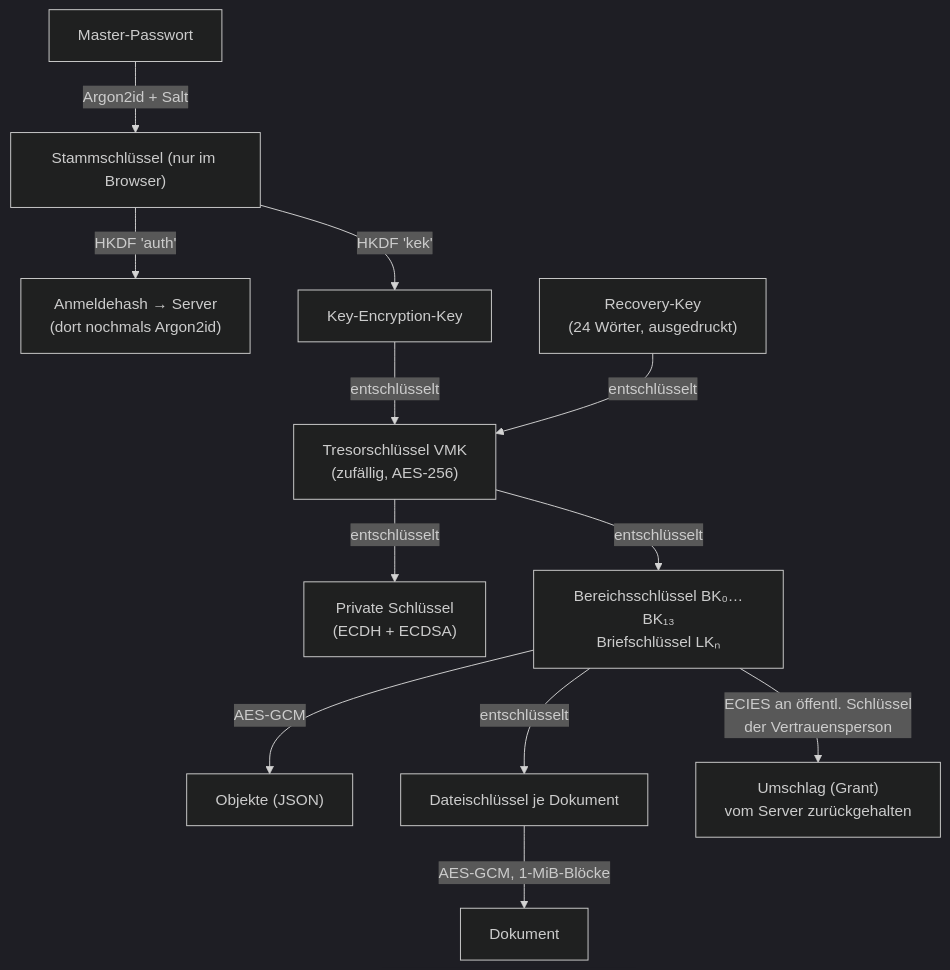
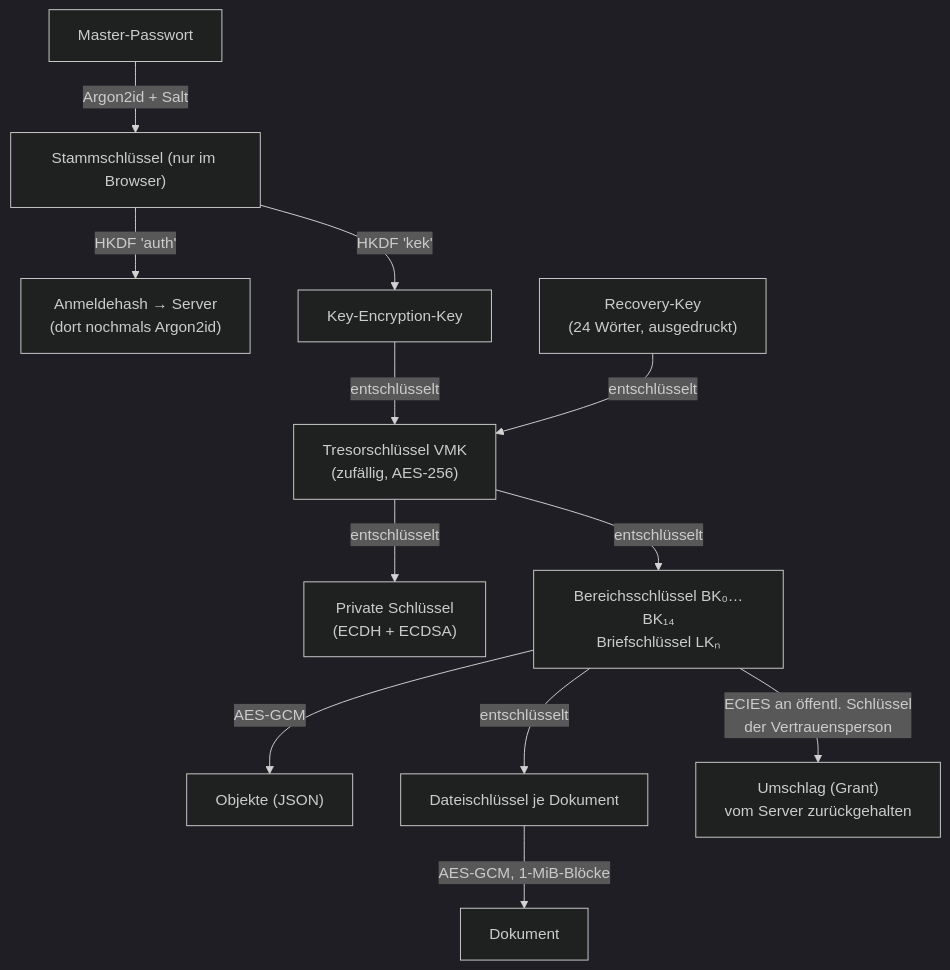
One commit to eckis-corner/myLife changed the second of 4 diagrams in docs/architektur.md. Above: the diagram before and after it, drawn with Mermaid (dark theme). The commit also changed other lines of this file, not shown here.

````diff
--- a/docs/architektur.md
+++ b/docs/architektur.md
@@ -101,15 +101,15 @@
 ```mermaid
 flowchart TD
     PW["Master-Passwort"] -->|Argon2id + Salt| MK["Stammschlüssel (nur im Browser)"]
     MK -->|"HKDF 'auth'"| AUTH["Anmeldehash → Server<br/>(dort nochmals Argon2id)"]
     MK -->|"HKDF 'kek'"| KEK["Key-Encryption-Key"]
     RK["Recovery-Key<br/>(24 Wörter, ausgedruckt)"]
     KEK -->|entschlüsselt| VMK["Tresorschlüssel VMK<br/>(zufällig, AES-256)"]
     RK -->|entschlüsselt| VMK
     VMK -->|entschlüsselt| PRIV["Private Schlüssel<br/>(ECDH + ECDSA)"]
-    VMK -->|entschlüsselt| BK["Bereichsschlüssel BK₀…BK₁₃<br/>Briefschlüssel LKₙ"]
+    VMK -->|entschlüsselt| BK["Bereichsschlüssel BK₀…BK₁₄<br/>Briefschlüssel LKₙ"]
     BK -->|AES-GCM| OBJ["Objekte (JSON)"]
     BK -->|entschlüsselt| FK["Dateischlüssel je Dokument"]
     FK -->|AES-GCM, 1-MiB-Blöcke| FILE["Dokument"]
     BK -->|"ECIES an öffentl. Schlüssel<br/>der Vertrauensperson"| ENV["Umschlag (Grant)<br/>vom Server zurückgehalten"]
 ```
````
